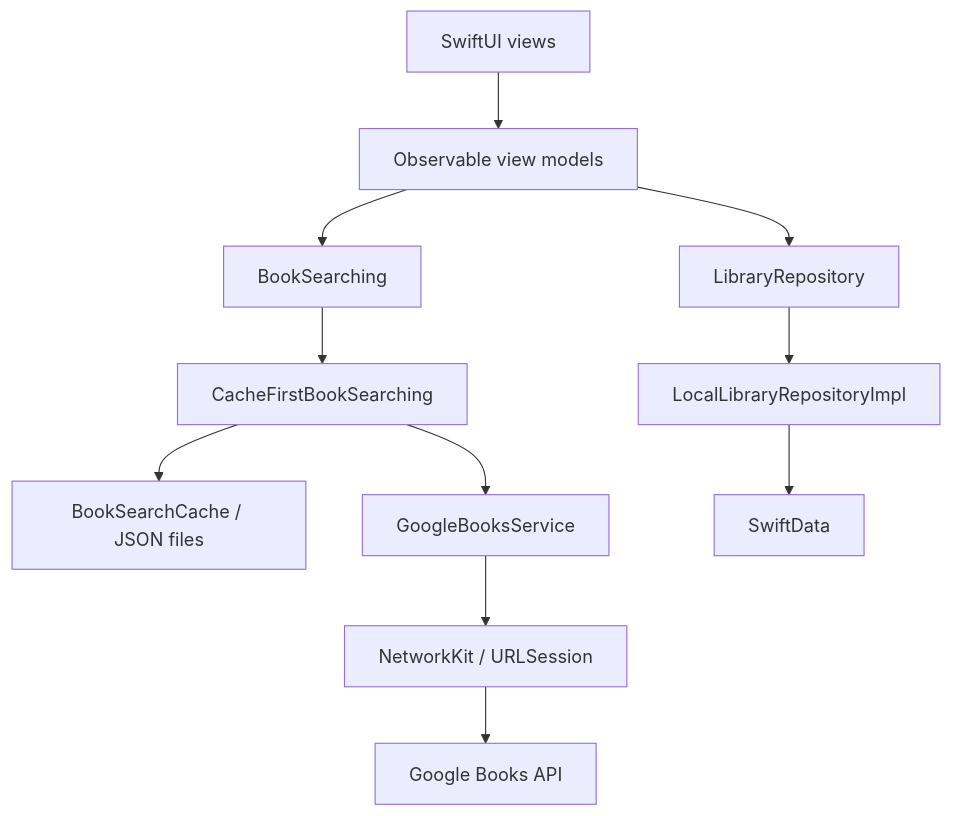
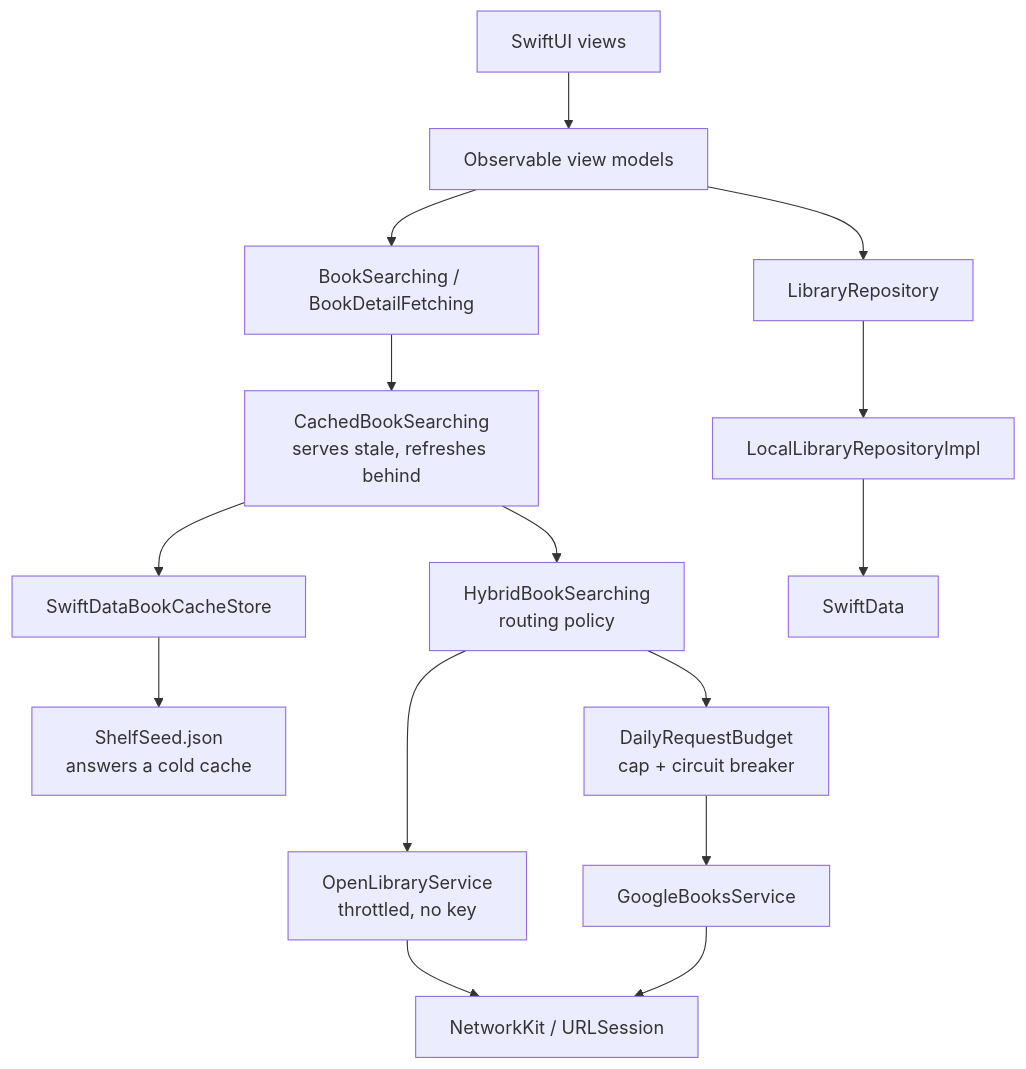
One commit to semihtakilan/BookTrace changed the diagram in README.md. Above: the diagram before and after it, drawn with Mermaid. The commit also changed other lines of this file, not shown here.

Commit message:
Document the two-source routing, the cache and the shelf snapshot in the README.

````diff
--- a/README.md
+++ b/README.md
@@ -219,13 +260,17 @@
 ```mermaid
 flowchart TD
     Views[SwiftUI views] --> ViewModels[Observable view models]
-    ViewModels --> Search[BookSearching]
+    ViewModels --> Search[BookSearching / BookDetailFetching]
     ViewModels --> Library[LibraryRepository]
-    Search --> CachedSearch[CacheFirstBookSearching]
-    CachedSearch --> DiskCache[BookSearchCache / JSON files]
-    CachedSearch --> Google[GoogleBooksService]
-    Google --> Network[NetworkKit / URLSession]
-    Network --> API[Google Books API]
+    Search --> Cached[CachedBookSearching<br/>serves stale, refreshes behind]
+    Cached --> Store[SwiftDataBookCacheStore]
+    Store --> Seed[ShelfSeed.json<br/>answers a cold cache]
+    Cached --> Hybrid[HybridBookSearching<br/>routing policy]
+    Hybrid --> OpenLibrary[OpenLibraryService<br/>throttled, no key]
+    Hybrid --> Budget[DailyRequestBudget<br/>cap + circuit breaker]
+    Budget --> Google[GoogleBooksService]
+    OpenLibrary --> Network[NetworkKit / URLSession]
+    Google --> Network
     Library --> Repository[LocalLibraryRepositoryImpl]
     Repository --> Persistence[SwiftData]
 ```
````
